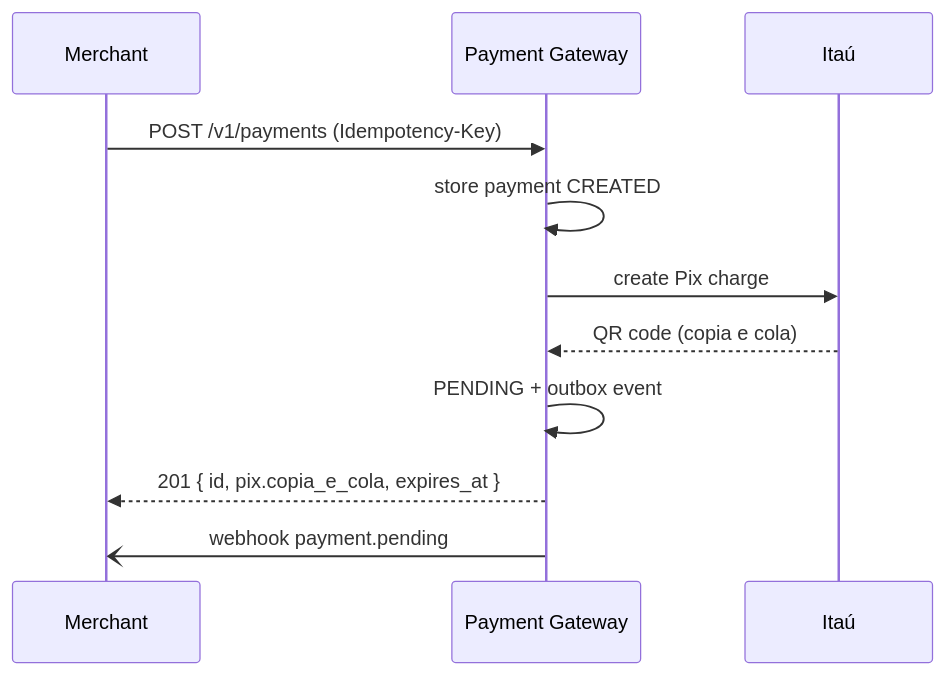
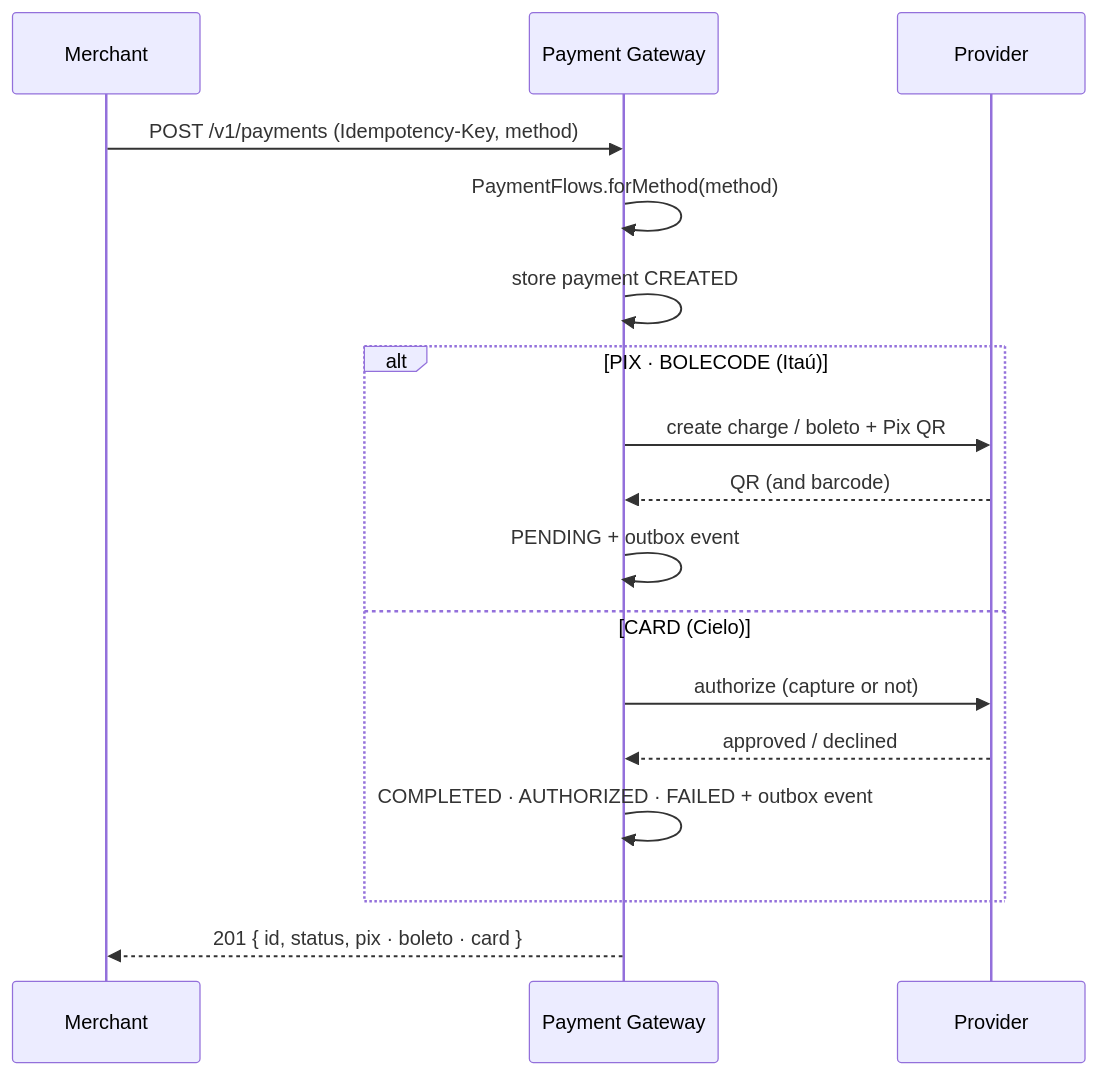
The diagram in docs/diagrams/create-charge.mmd (leonardolermen/payment-gateway), drawn with Mermaid before and after one commit. The commit also changed 14 other files, not shown here.

Commit message:
docs: architecture, diagrams and README catch up with billing, card and webhook deliveries

```diff
--- a/docs/diagrams/create-charge.mmd
+++ b/docs/diagrams/create-charge.mmd
@@ -1,12 +1,18 @@
 sequenceDiagram
   participant M as Merchant
   participant GW as Payment Gateway
-  participant B as Itaú
+  participant P as Provider
 
-  M->>GW: POST /v1/payments (Idempotency-Key)
+  M->>GW: POST /v1/payments (Idempotency-Key, method)
+  GW->>GW: PaymentFlows.forMethod(method)
   GW->>GW: store payment CREATED
-  GW->>B: create Pix charge
-  B-->>GW: QR code (copia e cola)
-  GW->>GW: PENDING + outbox event
-  GW-->>M: 201 { id, pix.copia_e_cola, expires_at }
-  GW-)M: webhook payment.pending
+  alt PIX · BOLECODE (Itaú)
+    GW->>P: create charge / boleto + Pix QR
+    P-->>GW: QR (and barcode)
+    GW->>GW: PENDING + outbox event
+  else CARD (Cielo)
+    GW->>P: authorize (capture or not)
+    P-->>GW: approved / declined
+    GW->>GW: COMPLETED · AUTHORIZED · FAILED + outbox event
+  end
+  GW-->>M: 201 { id, status, pix · boleto · card }
```
